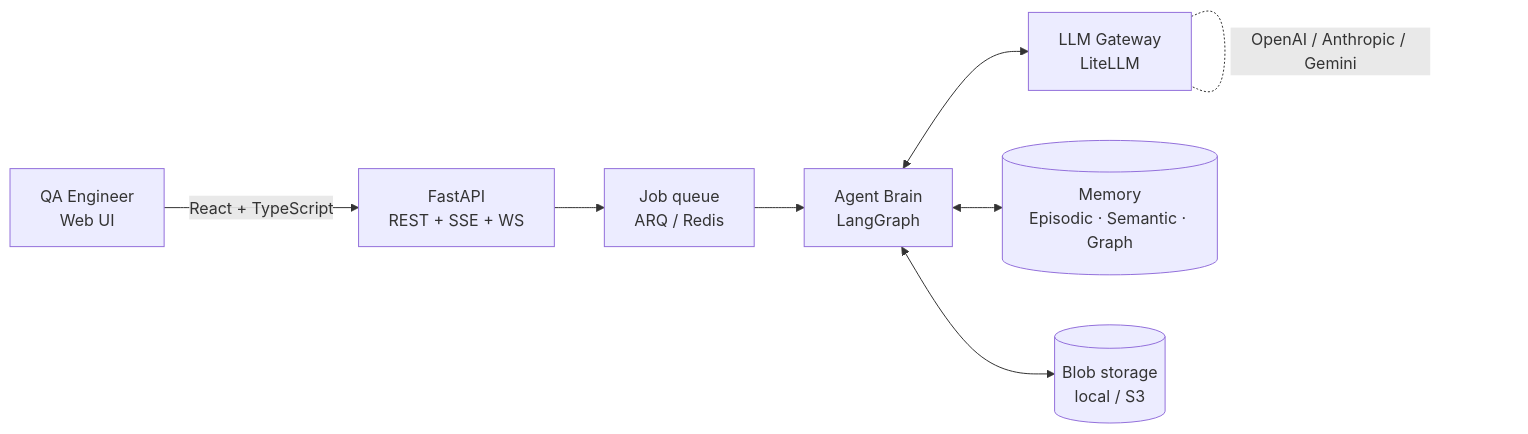
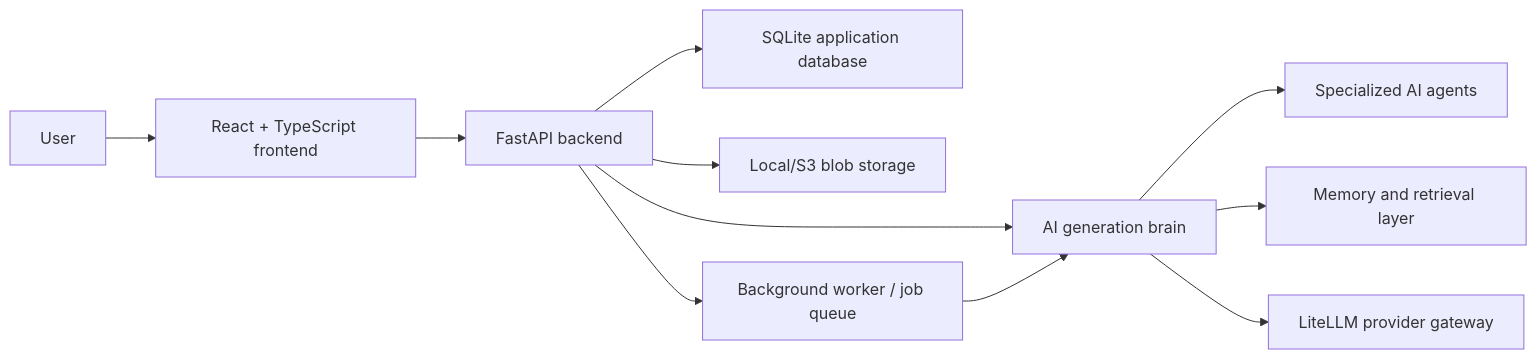
The diagram in README.md (Kalfa12/AI-TEST-PLAN-GENERATOR-V2), drawn with Mermaid before and after one commit. The commit also changed other lines of this file and 1 other file, not shown here.

````diff
--- a/README.md
+++ b/README.md
@@ -65,18 +23,13 @@
 ```mermaid
 flowchart LR
-    User[QA Engineer<br/>Web UI]
-    API[FastAPI<br/>REST + SSE + WS]
-    Queue[Job queue<br/>ARQ / Redis]
-    Brain[Agent Brain<br/>LangGraph]
-    LLM[LLM Gateway<br/>LiteLLM]
-    Memory[(Memory<br/>Episodic · Semantic · Graph)]
-    Blob[(Blob storage<br/>local / S3)]
-
-    User -- React + TypeScript --> API
-    API --> Queue
-    Queue --> Brain
-    Brain <--> LLM
-    Brain <--> Memory
-    Brain <--> Blob
-    LLM -.OpenAI / Anthropic / Gemini.- LLM
+    User["User"] --> Frontend["React + TypeScript frontend"]
+    Frontend --> API["FastAPI backend"]
+    API --> DB["SQLite application database"]
+    API --> Blob["Local/S3 blob storage"]
+    API --> Brain["AI generation brain"]
+    Brain --> Agents["Specialized AI agents"]
+    Brain --> Memory["Memory and retrieval layer"]
+    Brain --> LLM["LiteLLM provider gateway"]
+    API --> Worker["Background worker / job queue"]
+    Worker --> Brain
 ```
````
